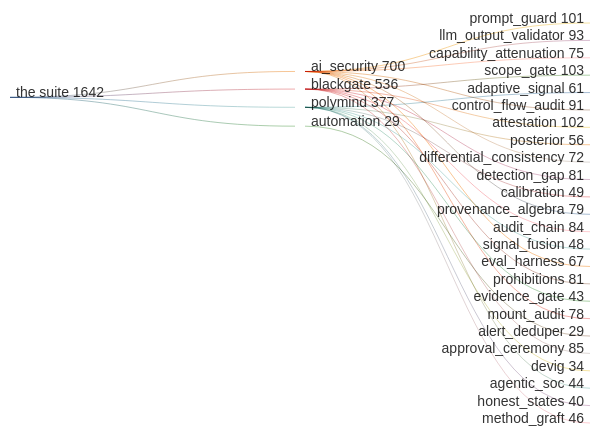
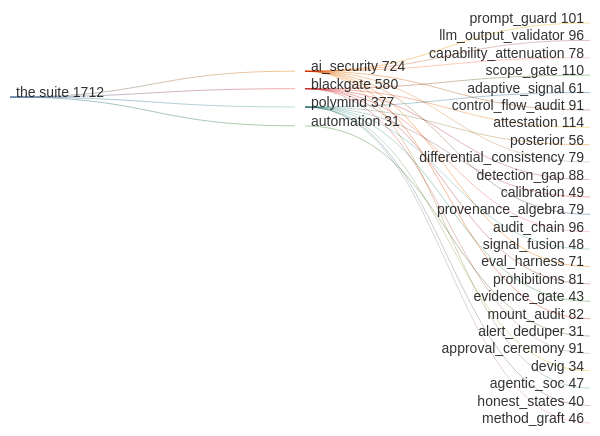
One commit to greeklinux/Showcase changed the third of 5 diagrams in README.md. Above: the diagram before and after it, drawn with Mermaid. The commit also changed other lines of this file and 34 other files, not shown here.

````diff
--- a/README.md
+++ b/README.md
@@ -354,32 +354,32 @@
 ```mermaid
 sankey-beta
 
-the suite,ai_security,700
-the suite,blackgate,536
+the suite,ai_security,724
+the suite,blackgate,580
 the suite,polymind,377
-the suite,automation,29
+the suite,automation,31
 ai_security,prompt_guard,101
-ai_security,llm_output_validator,93
-ai_security,capability_attenuation,75
+ai_security,llm_output_validator,96
+ai_security,capability_attenuation,78
 ai_security,control_flow_audit,91
-ai_security,differential_consistency,72
+ai_security,differential_consistency,79
 ai_security,provenance_algebra,79
-ai_security,eval_harness,67
-ai_security,mount_audit,78
-ai_security,agentic_soc,44
-blackgate,scope_gate,103
-blackgate,attestation,102
-blackgate,detection_gap,81
-blackgate,audit_chain,84
+ai_security,eval_harness,71
+ai_security,mount_audit,82
+ai_security,agentic_soc,47
+blackgate,scope_gate,110
+blackgate,attestation,114
+blackgate,detection_gap,88
+blackgate,audit_chain,96
 blackgate,prohibitions,81
-blackgate,approval_ceremony,85
+blackgate,approval_ceremony,91
 polymind,adaptive_signal,61
 polymind,posterior,56
 polymind,calibration,49
 polymind,signal_fusion,48
 polymind,evidence_gate,43
 polymind,devig,34
 polymind,honest_states,40
 polymind,method_graft,46
-automation,alert_deduper,29
+automation,alert_deduper,31
 ```
````
